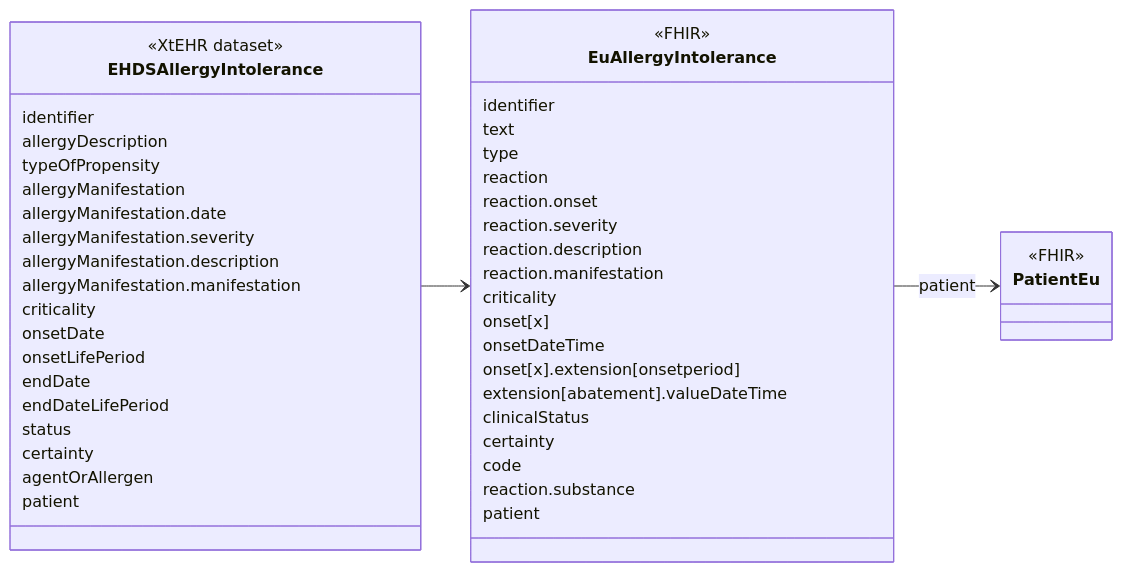
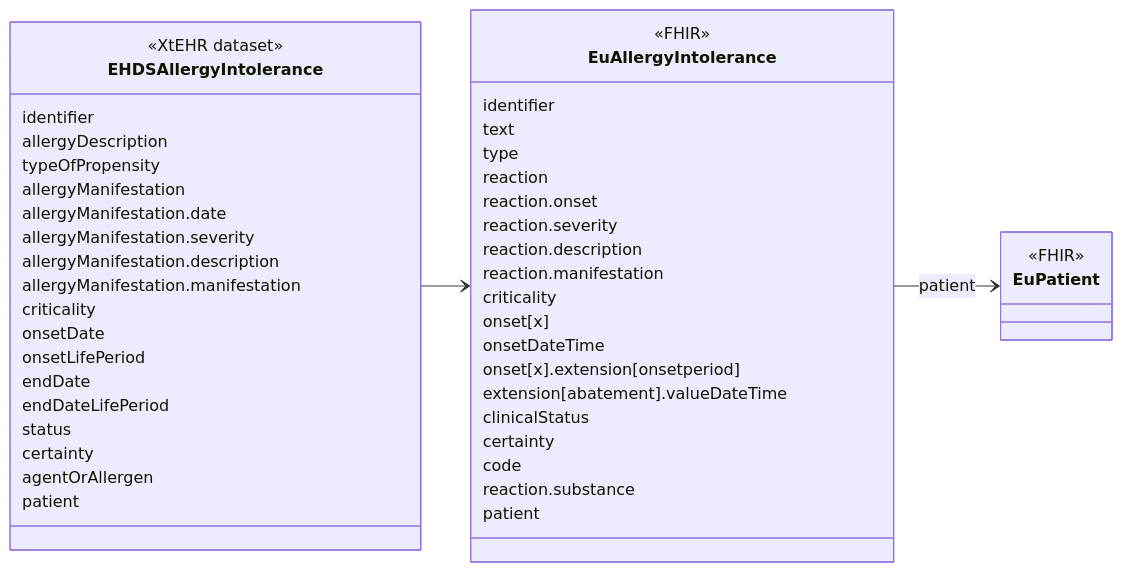
One commit to oijauregui/ehdsimaging changed the diagram in input/intro-notes/ConceptMap-EHDSAllergyIntoleranceMap-intro.md. Above: the diagram before and after it, drawn with Mermaid. The commit also changed 25 other files, not shown here.

````diff
--- a/input/intro-notes/ConceptMap-EHDSAllergyIntoleranceMap-intro.md
+++ b/input/intro-notes/ConceptMap-EHDSAllergyIntoleranceMap-intro.md
@@ -5,52 +5,52 @@
 ```mermaid
 classDiagram
 direction LR
 class EHDSAllergyIntolerance {
   <<XtEHR dataset>>
   identifier
   allergyDescription
   typeOfPropensity
   allergyManifestation
   allergyManifestation.date
   allergyManifestation.severity
   allergyManifestation.description
   allergyManifestation.manifestation
   criticality
   onsetDate
   onsetLifePeriod
   endDate
   endDateLifePeriod
   status
   certainty
   agentOrAllergen
   patient
 }
 link EHDSAllergyIntolerance "https://build.fhir.org/ig/Xt-EHR/xt-ehr-common/StructureDefinition-EHDSAllergyIntolerance.html"
 class EuAllergyIntolerance{
   <<FHIR>>
   identifier
   text
   type
   reaction
   reaction.onset
   reaction.severity
   reaction.description
   reaction.manifestation
   criticality
   onset[x]
   onsetDateTime
   onset[x].extension[onsetperiod]
   extension[abatement].valueDateTime
   clinicalStatus
   certainty
   code
   reaction.substance
   patient
 }
 
-class PatientEu {
+class EuPatient {
   <<FHIR>>
 }
 EHDSAllergyIntolerance --> EuAllergyIntolerance
-EuAllergyIntolerance --> PatientEu : patient
+EuAllergyIntolerance --> EuPatient : patient
 ```
````
